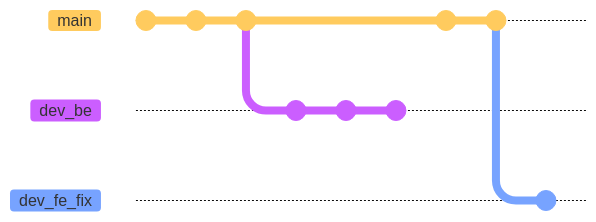
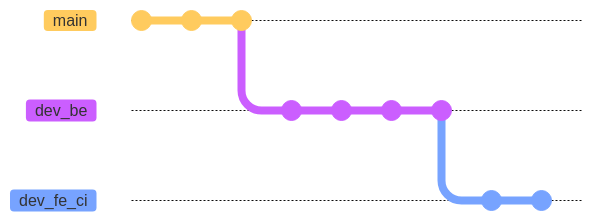
Before and after one commit to Uzaaft/git_workshop: the second of 2 diagrams in README.md, drawn with Mermaid. Commit ids are hidden.

Commit message:
fix: Fix long commit messages in graph

````diff
--- a/README.md
+++ b/README.md
@@ -70,16 +70,15 @@
 ```mermaid
 %%{init: { 'logLevel': 'debug', 'theme': 'base', 'gitGraph': {'rotateCommitLabel': true}} }%%
 gitGraph
-  commit id: "feat(fe): Add form validation"
-  commit id: "fix(fe): Fix bug when validating emails"
-  commit id: "feat(fe): Add aditional customer inputs"
+  commit id: "feat(fe): Form validation"
+  commit id: "fix(fe): Fix email validation"
+  commit id: "feat(fe): Aditional customer inputs"
   branch dev_be
-  commit id: "feat(): ..."
-  commit id: "fix(client): ..."
-  commit id: "chore"
-  checkout main
-  commit id: "fix(be): Fix issue with empty inputs from fe"
-  commit id: "ci: Add testing for backend"
-  branch dev_fe_fix
+  commit id: "feat(be): Add physics engine for gas sims"
+  commit id: "fix(be): Fix convertions of SI units"
+  commit id: "chore(be): Format project"
+  commit id: "fix(be): Handle empty inputs from fe"
+  branch dev_fe_ci
+  commit id: "ci: Add testing for fe"
   commit
 ```
````
